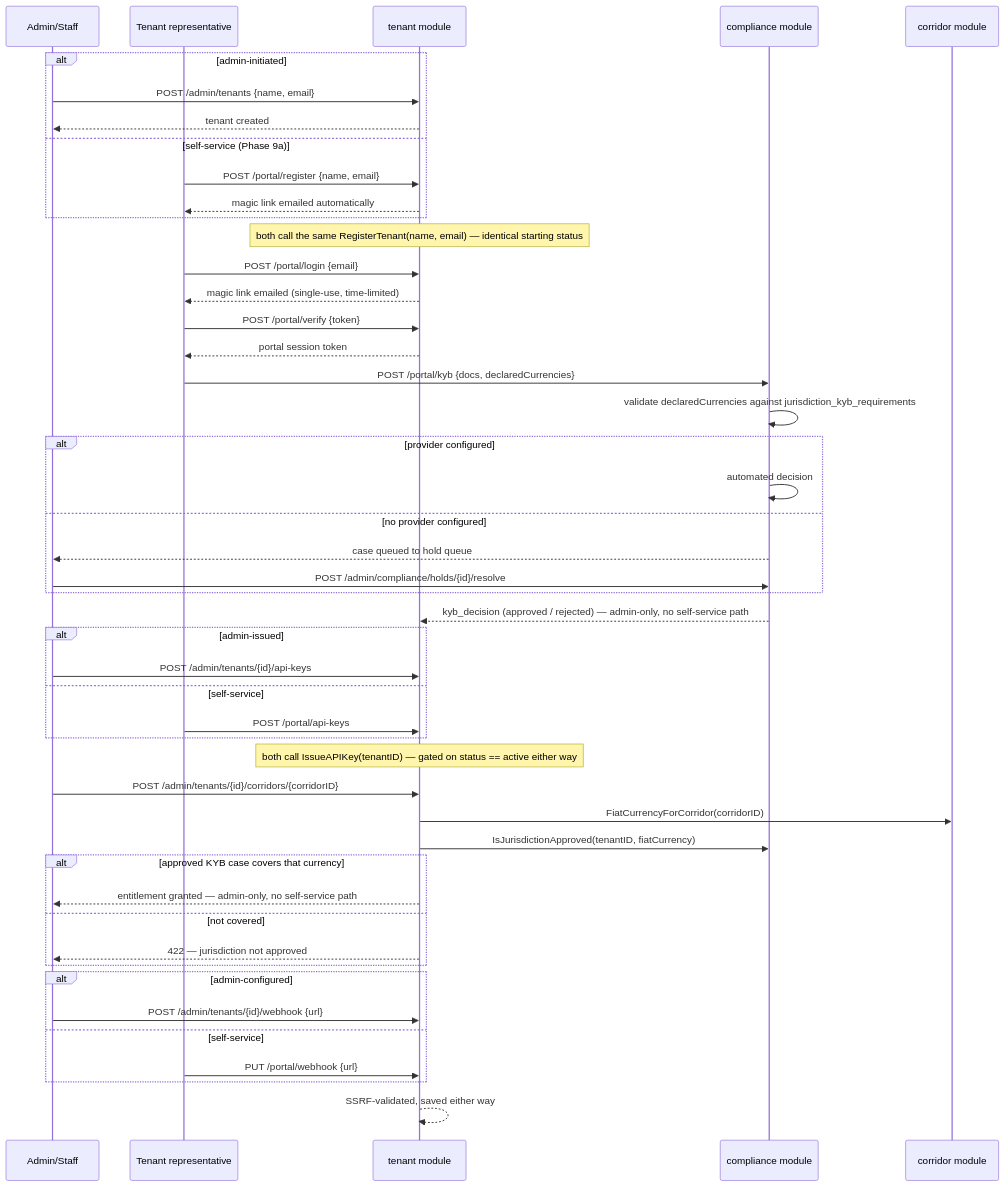
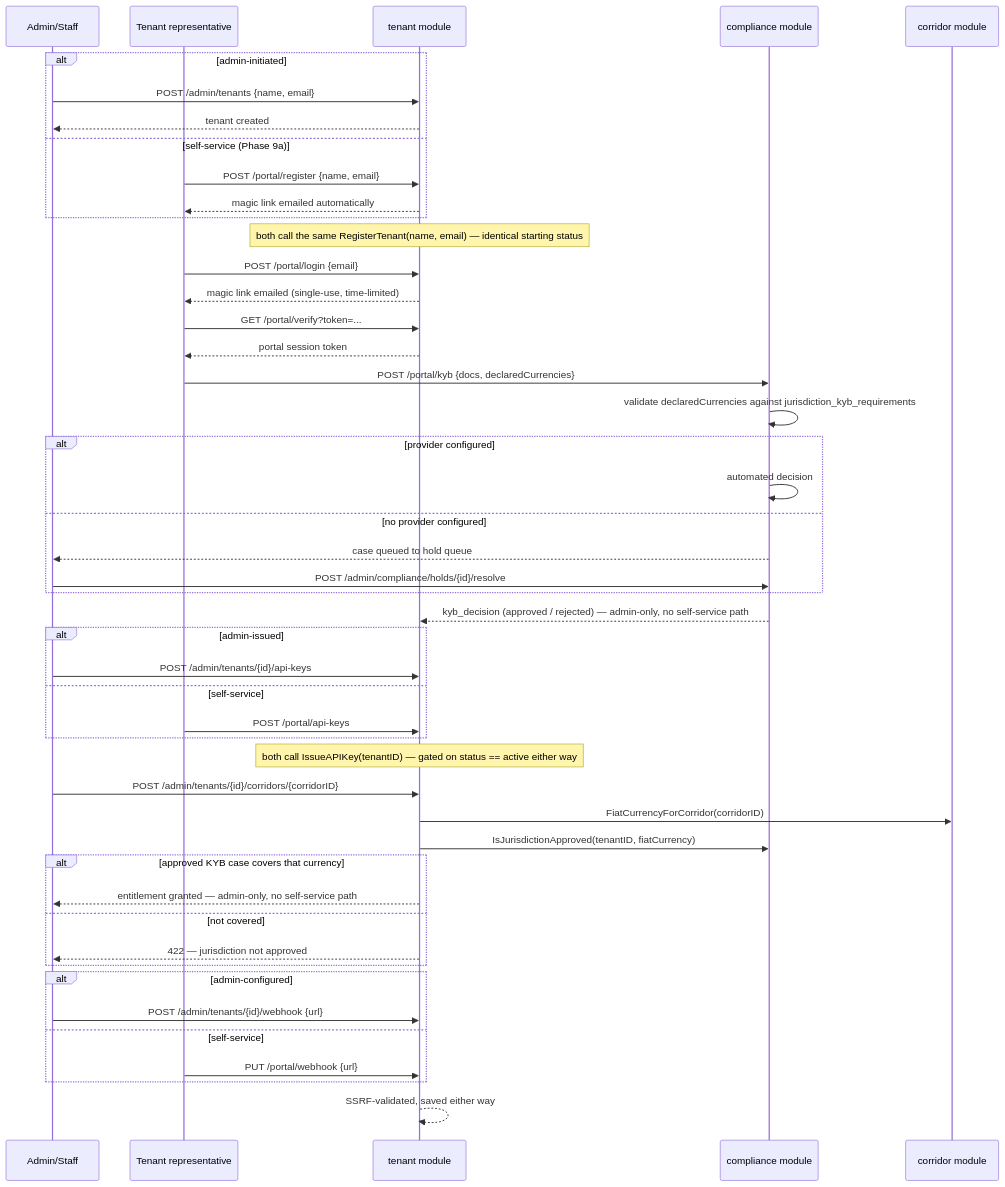
Before and after one commit to mosnyik/payment-engine-v2: the first of 3 diagrams in docs/ARCHITECTURE.md, drawn with Mermaid. The commit also changed other lines of this file and 5 other files, not shown here.

Commit message:
fix: made the the verify endpoint a get request to take params instead of post with body

````diff
--- a/docs/ARCHITECTURE.md
+++ b/docs/ARCHITECTURE.md
@@ -150,55 +150,55 @@
 ```mermaid
 sequenceDiagram
     participant Ops as Admin/Staff
     participant Rep as Tenant representative
     participant TenantM as tenant module
     participant Compliance as compliance module
     participant Corridor as corridor module
 
     alt admin-initiated
         Ops->>TenantM: POST /admin/tenants {name, email}
         TenantM-->>Ops: tenant created
     else self-service (Phase 9a)
         Rep->>TenantM: POST /portal/register {name, email}
         TenantM-->>Rep: magic link emailed automatically
     end
     note over TenantM: both call the same RegisterTenant(name, email) — identical starting status
 
     Rep->>TenantM: POST /portal/login {email}
     TenantM-->>Rep: magic link emailed (single-use, time-limited)
-    Rep->>TenantM: POST /portal/verify {token}
+    Rep->>TenantM: GET /portal/verify?token=...
     TenantM-->>Rep: portal session token
 
     Rep->>Compliance: POST /portal/kyb {docs, declaredCurrencies}
     Compliance->>Compliance: validate declaredCurrencies against jurisdiction_kyb_requirements
     alt provider configured
         Compliance->>Compliance: automated decision
     else no provider configured
         Compliance-->>Ops: case queued to hold queue
         Ops->>Compliance: POST /admin/compliance/holds/{id}/resolve
     end
     Compliance-->>TenantM: kyb_decision (approved / rejected) — admin-only, no self-service path
 
     alt admin-issued
         Ops->>TenantM: POST /admin/tenants/{id}/api-keys
     else self-service
         Rep->>TenantM: POST /portal/api-keys
     end
     note over TenantM: both call IssueAPIKey(tenantID) — gated on status == active either way
 
     Ops->>TenantM: POST /admin/tenants/{id}/corridors/{corridorID}
     TenantM->>Corridor: FiatCurrencyForCorridor(corridorID)
     TenantM->>Compliance: IsJurisdictionApproved(tenantID, fiatCurrency)
     alt approved KYB case covers that currency
         TenantM-->>Ops: entitlement granted — admin-only, no self-service path
     else not covered
         TenantM-->>Ops: 422 — jurisdiction not approved
     end
 
     alt admin-configured
         Ops->>TenantM: POST /admin/tenants/{id}/webhook {url}
     else self-service
         Rep->>TenantM: PUT /portal/webhook {url}
     end
     TenantM-->>TenantM: SSRF-validated, saved either way
 ```
````
